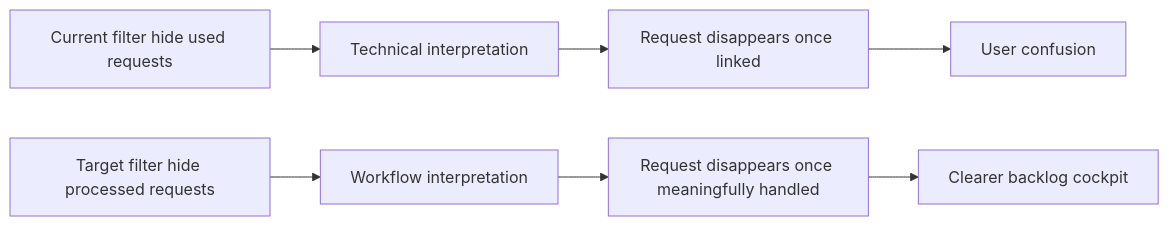
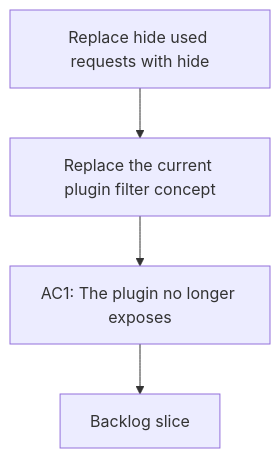
One commit to AlexAgo83/logics-manager changed the diagram in logics/request/req_023_replace_hide_used_requests_with_hide_processed_requests_semantics.md. Above: the diagram before and after it, drawn with Mermaid. The commit also changed other lines of this file and 481 other files, not shown here.

Commit message:
Normalize Logics docs and workflow indicators

````diff
--- a/logics/request/req_023_replace_hide_used_requests_with_hide_processed_requests_semantics.md
+++ b/logics/request/req_023_replace_hide_used_requests_with_hide_processed_requests_semantics.md
@@ -39,10 +39,8 @@
 ```mermaid
+%% logics-kind: request
 %% logics-signature: request|replace-hide-used-requests-with-hide-pro|replace-the-current-plugin-filter-concep|ac1-the-plugin-no-longer-exposes
-flowchart LR
-    A[Current filter hide used requests] --> B[Technical interpretation]
-    B --> C[Request disappears once linked]
-    C --> D[User confusion]
-    A2[Target filter hide processed requests] --> B2[Workflow interpretation]
-    B2 --> C2[Request disappears once meaningfully handled]
-    C2 --> D2[Clearer backlog cockpit]
+flowchart TD
+    Trigger[Replace hide used requests with hide] --> Need[Replace the current plugin filter concept]
+    Need --> Outcome[AC1: The plugin no longer exposes]
+    Outcome --> Backlog[Backlog slice]
 ```
````
